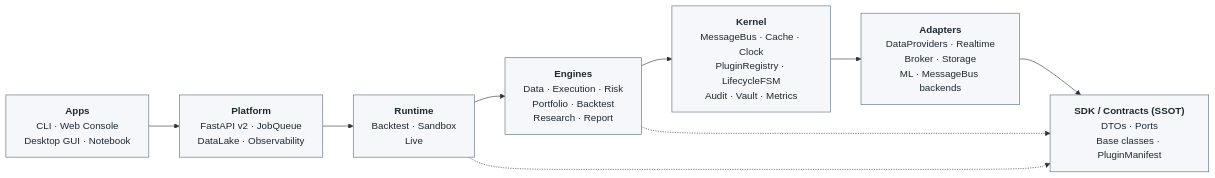
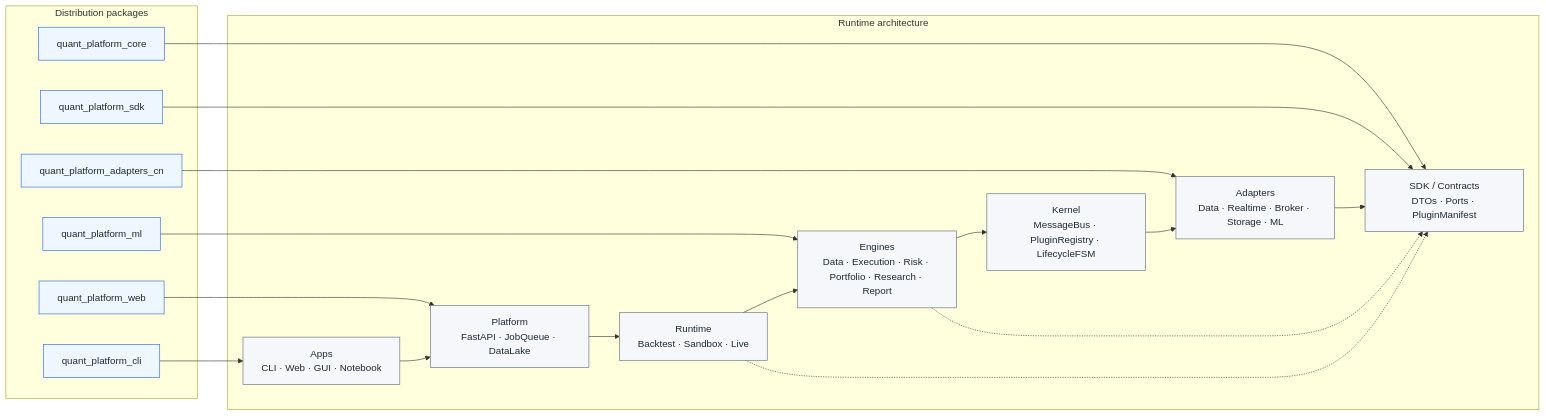
Before and after one commit to magic-alt/stock: the diagram in README.md, drawn with Mermaid. The commit also changed other lines of this file and 20 other files, not shown here.

````diff
--- a/README.md
+++ b/README.md
@@ -137,22 +138,37 @@
 ```mermaid
 flowchart LR
-    Apps["<b>Apps</b><br/>CLI · Web Console<br/>Desktop GUI · Notebook"]
-    Platform["<b>Platform</b><br/>FastAPI v2 · JobQueue<br/>DataLake · Observability"]
-    Runtime["<b>Runtime</b><br/>Backtest · Sandbox<br/>Live"]
-    Engines["<b>Engines</b><br/>Data · Execution · Risk<br/>Portfolio · Backtest<br/>Research · Report"]
-    Kernel["<b>Kernel</b><br/>MessageBus · Cache · Clock<br/>PluginRegistry · LifecycleFSM<br/>Audit · Vault · Metrics"]
-    Adapters["<b>Adapters</b><br/>DataProviders · Realtime<br/>Broker · Storage<br/>ML · MessageBus backends"]
-    SDK["<b>SDK / Contracts (SSOT)</b><br/>DTOs · Ports<br/>Base classes · PluginManifest"]
+    subgraph RuntimeView["Runtime architecture"]
+        Apps["Apps<br/>CLI · Web · GUI · Notebook"]
+        Platform["Platform<br/>FastAPI · JobQueue · DataLake"]
+        Runtime["Runtime<br/>Backtest · Sandbox · Live"]
+        Engines["Engines<br/>Data · Execution · Risk · Portfolio · Research · Report"]
+        Kernel["Kernel<br/>MessageBus · PluginRegistry · LifecycleFSM"]
+        Adapters["Adapters<br/>Data · Realtime · Broker · Storage · ML"]
+        Contracts["SDK / Contracts<br/>DTOs · Ports · PluginManifest"]
+    end
 
-    Apps --> Platform
-    Platform --> Runtime
-    Runtime --> Engines
-    Engines --> Kernel
-    Kernel --> Adapters
-    Adapters --> SDK
-    Engines -.-> SDK
-    Runtime -.-> SDK
+    subgraph Packages["Distribution packages"]
+        CorePkg["quant_platform_core"]
+        SdkPkg["quant_platform_sdk"]
+        AdaptersPkg["quant_platform_adapters_cn"]
+        MlPkg["quant_platform_ml"]
+        WebPkg["quant_platform_web"]
+        CliPkg["quant_platform_cli"]
+    end
 
-    classDef layer fill:#f5f7fa,stroke:#5b6b7a,stroke-width:1px,color:#1f2933;
-    class Apps,Platform,Runtime,Engines,Kernel,Adapters,SDK layer;
+    Apps --> Platform --> Runtime --> Engines --> Kernel --> Adapters --> Contracts
+    Engines -.-> Contracts
+    Runtime -.-> Contracts
+
+    CorePkg --> Contracts
+    SdkPkg --> Contracts
+    AdaptersPkg --> Adapters
+    MlPkg --> Engines
+    WebPkg --> Platform
+    CliPkg --> Apps
+
+    classDef runtime fill:#f5f7fa,stroke:#5b6b7a,stroke-width:1px,color:#1f2933;
+    classDef package fill:#eef7ff,stroke:#2563eb,stroke-width:1px,color:#1f2933;
+    class Apps,Platform,Runtime,Engines,Kernel,Adapters,Contracts runtime;
+    class CorePkg,SdkPkg,AdaptersPkg,MlPkg,WebPkg,CliPkg package;
 ```
````
